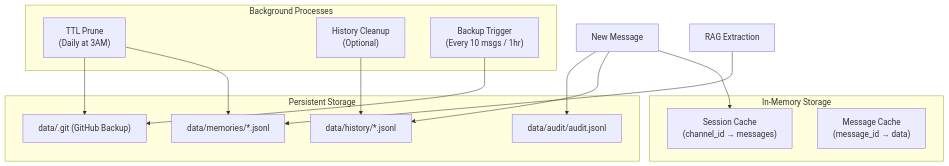
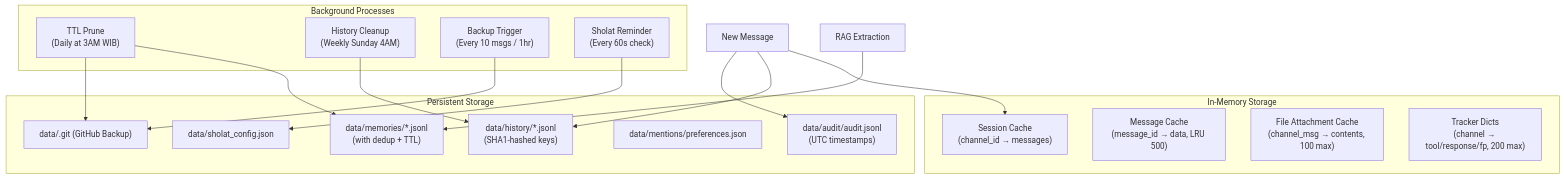
Before and after one commit to aditiya-saputra/nova: the fifth of 11 diagrams in flowchart.md, drawn with Mermaid. The commit also changed other lines of this file and 27 other files, not shown here.

First line of the commit message:
v1.15.0: fix 20 bugs, add 12 tests, rewrite flowchart

````diff
--- a/flowchart.md
+++ b/flowchart.md
@@ -230,32 +308,39 @@
 ```mermaid
 flowchart TD
     subgraph InMemory["In-Memory Storage"]
         SessionCache["Session Cache<br/>(channel_id → messages)"]
-        MessageCache["Message Cache<br/>(message_id → data)"]
+        MessageCache["Message Cache<br/>(message_id → data, LRU 500)"]
+        FileCache["File Attachment Cache<br/>(channel_msg → contents, 100 max)"]
+        TrackerCache["Tracker Dicts<br/>(channel → tool/response/fp, 200 max)"]
     end
 
     subgraph Persistent["Persistent Storage"]
-        HistoryJSONL["data/history/*.jsonl"]
-        MemoriesJSONL["data/memories/*.jsonl"]
-        AuditJSONL["data/audit/audit.jsonl"]
+        HistoryJSONL["data/history/*.jsonl<br/>(SHA1-hashed keys)"]
+        MemoriesJSONL["data/memories/*.jsonl<br/>(with dedup + TTL)"]
+        AuditJSONL["data/audit/audit.jsonl<br/>(UTC timestamps)"]
+        SholatConfig["data/sholat_config.json"]
+        PreferencesJSON["data/mentions/preferences.json"]
         GitRepo["data/.git (GitHub Backup)"]
     end
 
     subgraph Processes["Background Processes"]
-        TTLPrune["TTL Prune<br/>(Daily at 3AM)"]
-        HistoryCleanup["History Cleanup<br/>(Optional)"]
+        TTLPrune["TTL Prune<br/>(Daily at 3AM WIB)"]
+        HistoryCleanup["History Cleanup<br/>(Weekly Sunday 4AM)"]
         BackupTrigger["Backup Trigger<br/>(Every 10 msgs / 1hr)"]
+        SholatReminder["Sholat Reminder<br/>(Every 60s check)"]
     end
 
     MessageIn["New Message"] --> SessionCache
     MessageIn --> HistoryJSONL
     MessageIn --> AuditJSONL
-    
+
     RAGExtract["RAG Extraction"] --> MemoriesJSONL
-    
+
     TTLPrune --> MemoriesJSONL
     HistoryCleanup --> HistoryJSONL
-    
+
     BackupTrigger --> GitRepo
     TTLPrune --> GitRepo
+
+    SholatReminder --> SholatConfig
 ```
````
